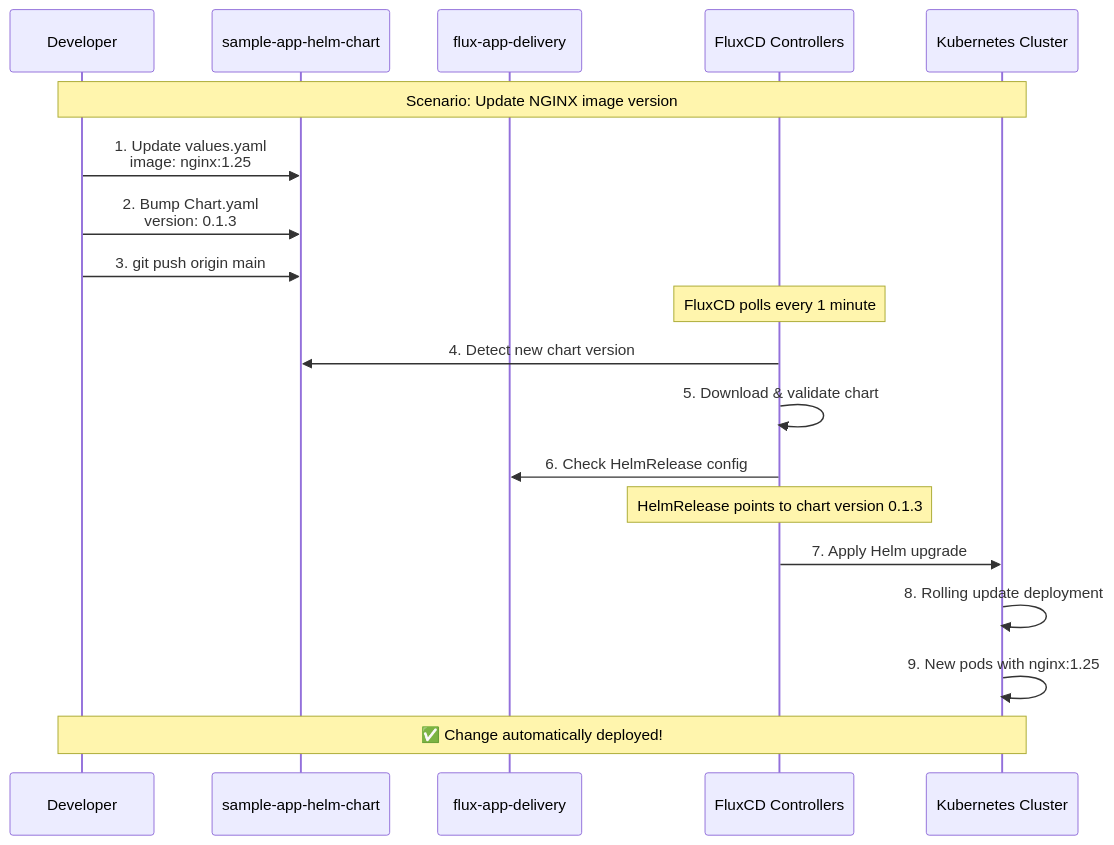
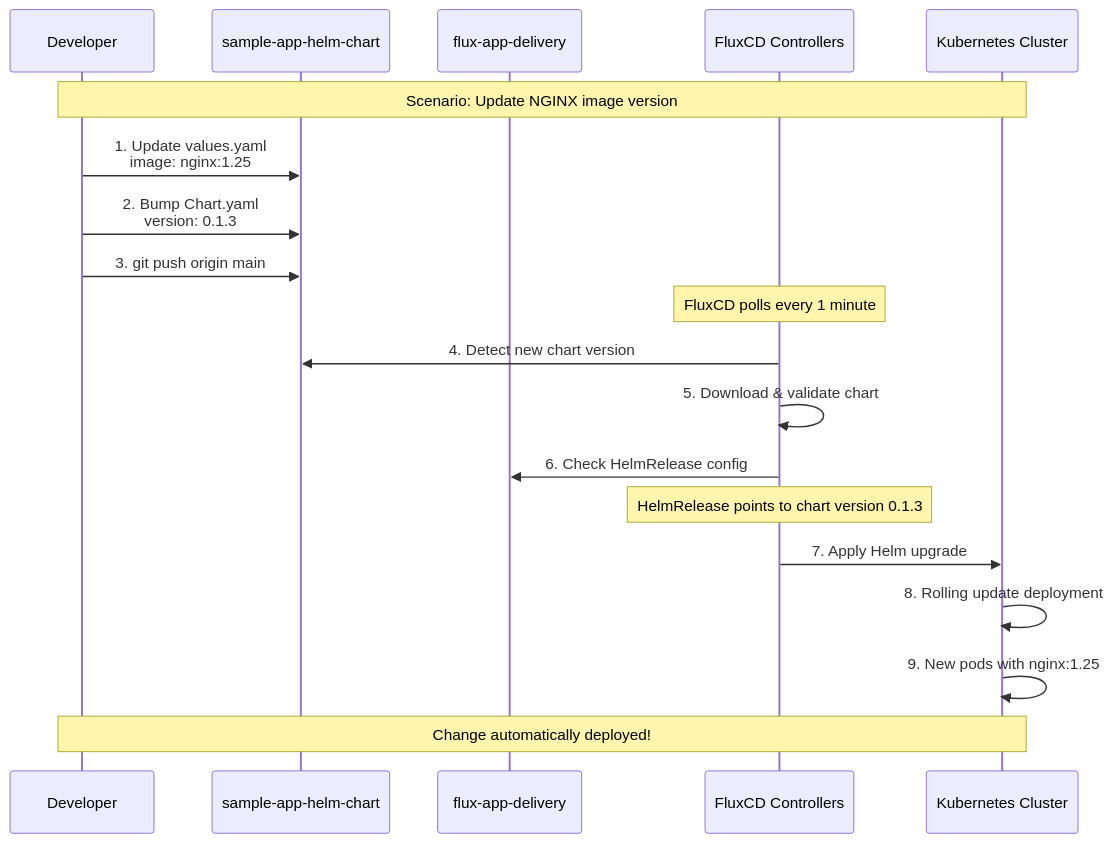
The third of 4 diagrams in demo-diagrams/gitops-workflow.md (paraskanwarit/fluxcd-gitops), drawn with Mermaid before and after one commit. The commit also changed 2 other files, not shown here.

````diff
--- a/demo-diagrams/gitops-workflow.md
+++ b/demo-diagrams/gitops-workflow.md
@@ -78,28 +78,28 @@
 ```mermaid
 sequenceDiagram
     participant Dev as Developer
     participant HelmRepo as sample-app-helm-chart
     participant FluxRepo as flux-app-delivery
     participant FluxCD as FluxCD Controllers
     participant K8s as Kubernetes Cluster
     
     Note over Dev,K8s: Scenario: Update NGINX image version
     
     Dev->>HelmRepo: 1. Update values.yaml<br/>image: nginx:1.25
     Dev->>HelmRepo: 2. Bump Chart.yaml<br/>version: 0.1.3
     Dev->>HelmRepo: 3. git push origin main
     
     Note over FluxCD: FluxCD polls every 1 minute
     
     FluxCD->>HelmRepo: 4. Detect new chart version
     FluxCD->>FluxCD: 5. Download & validate chart
     
     FluxCD->>FluxRepo: 6. Check HelmRelease config
     Note over FluxCD: HelmRelease points to chart version 0.1.3
     
     FluxCD->>K8s: 7. Apply Helm upgrade
     K8s->>K8s: 8. Rolling update deployment
     K8s->>K8s: 9. New pods with nginx:1.25
     
-    Note over Dev,K8s: ✅ Change automatically deployed!
+    Note over Dev,K8s:  Change automatically deployed!
 ```
````
